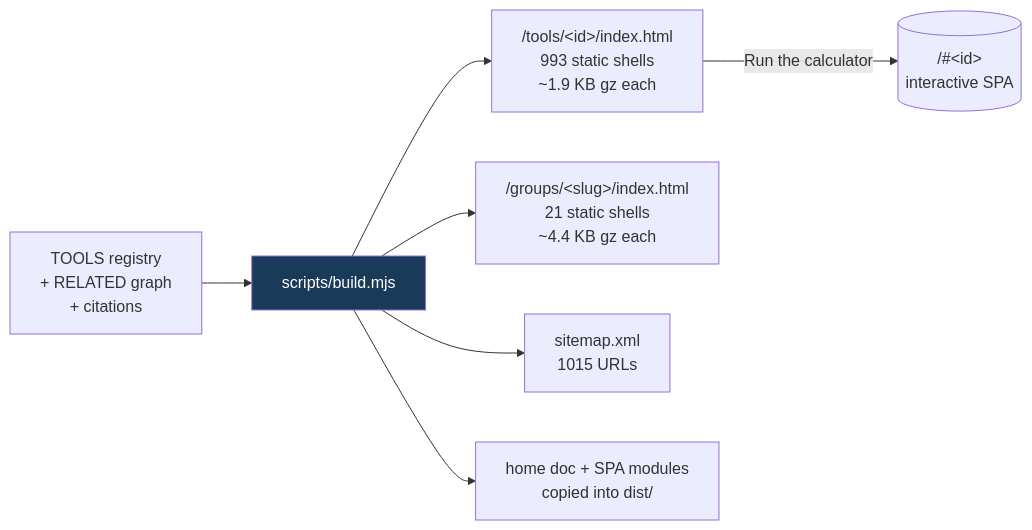
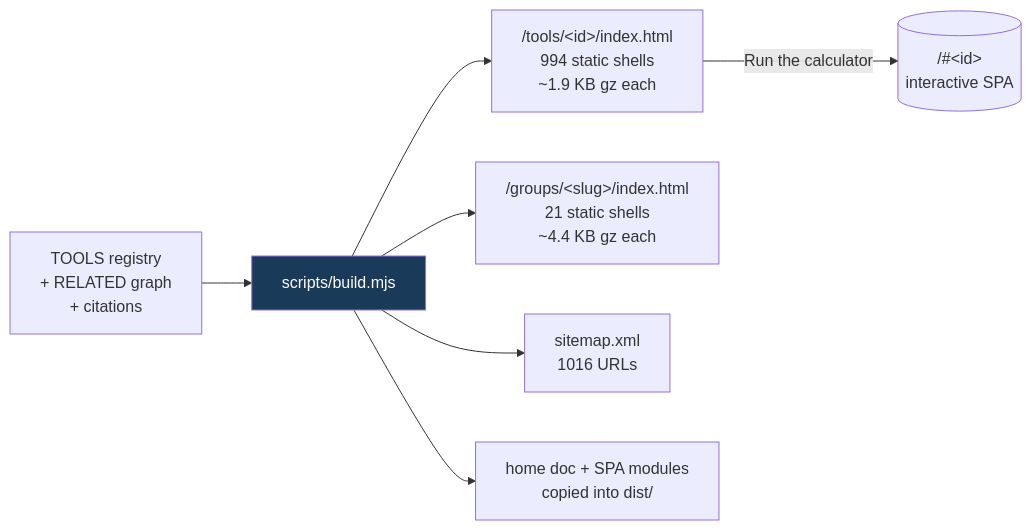
Before and after one commit to clay-good/roughlogic.com: the fifth of 8 diagrams in README.md, drawn with Mermaid. The commit also changed other lines of this file and 13 other files, not shown here.

````diff
--- a/README.md
+++ b/README.md
@@ -495,10 +495,10 @@
 ```mermaid
 flowchart LR
     SRC[TOOLS registry\n+ RELATED graph\n+ citations] --> BUILD[scripts/build.mjs]
-    BUILD --> TILE["/tools/&lt;id&gt;/index.html\n993 static shells\n~1.9 KB gz each"]
+    BUILD --> TILE["/tools/&lt;id&gt;/index.html\n994 static shells\n~1.9 KB gz each"]
     BUILD --> GROUP["/groups/&lt;slug&gt;/index.html\n21 static shells\n~4.4 KB gz each"]
-    BUILD --> MAP["sitemap.xml\n1015 URLs"]
+    BUILD --> MAP["sitemap.xml\n1016 URLs"]
     BUILD --> COPY[home doc + SPA modules\ncopied into dist/]
     TILE -->|Run the calculator| SPA[("/#&lt;id&gt;\ninteractive SPA")]
     style BUILD fill:#1a3a5a,color:#fff
 ```
````
